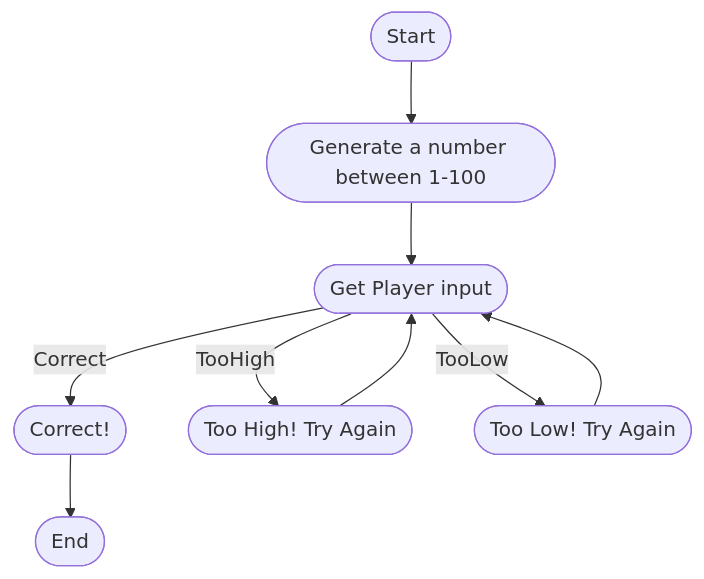
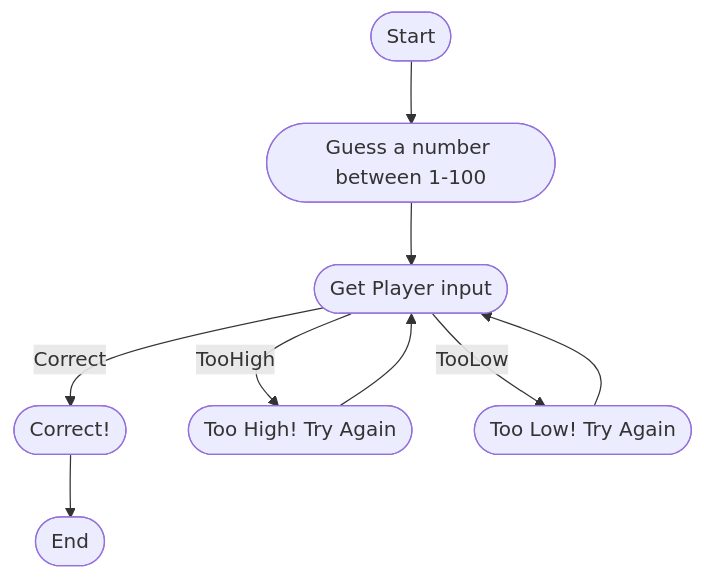
Before and after one commit to veturon2/veturon2.github.io: the diagram in Guessing.md, drawn with Mermaid.

````diff
--- a/Guessing.md
+++ b/Guessing.md
@@ -3,13 +3,13 @@
 ```mermaid
 flowchart TD;
-  Start([Start])-->RandomNumber([Generate a number between 1-100]);
+  Start([Start])-->RandomNumber([Guess a number between 1-100]);
   RandomNumber-->PlayerInput([Get Player input]);
   
   PlayerInput--Correct-->CorrectGuess([Correct!]);
   PlayerInput--TooHigh-->WrongGuessHigh([Too High! Try Again]);
   PlayerInput--TooLow-->WrongGuessLow([Too Low! Try Again]);
   
   WrongGuessHigh-->PlayerInput
   WrongGuessLow-->PlayerInput
   CorrectGuess-->End([End])
 ```
````
